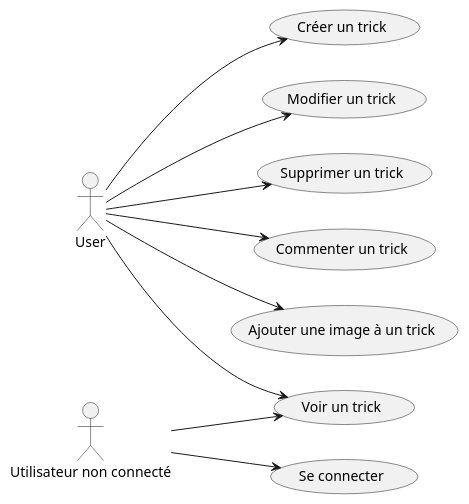
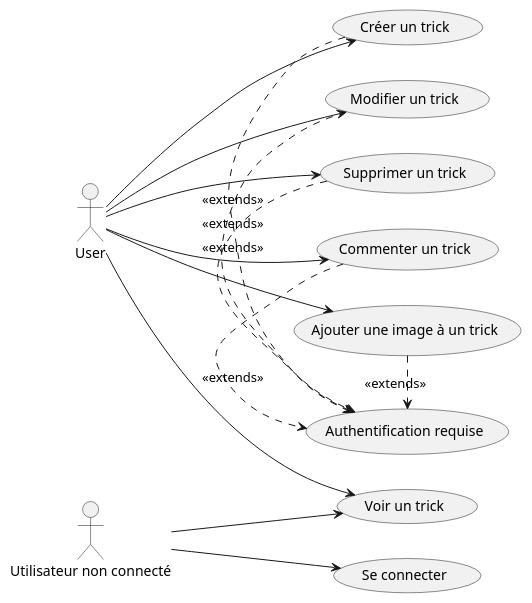
Before and after one commit to Waarrez/P6: the diagram in documentation/trick_usecase.puml, drawn with PlantUML. The commit also changed 11 other files, not shown here.

```diff
--- a/documentation/trick_usecase.puml
+++ b/documentation/trick_usecase.puml
@@ -1,24 +1,32 @@
 @startuml
 left to right direction
 actor User
 actor "Utilisateur non connecté" as Guest
 
 usecase "Créer un trick" as UC_Create
 usecase "Modifier un trick" as UC_Edit
 usecase "Supprimer un trick" as UC_Delete
 usecase "Voir un trick" as UC_View
 usecase "Commenter un trick" as UC_Comment
 usecase "Ajouter une image à un trick" as UC_AddImage
 usecase "Se connecter" as UC_Login
+usecase "Authentification requise" as UC_AuthRequired
 
 Guest --> UC_View
 User --> UC_View
 
 Guest --> UC_Login
+
+UC_Create .> UC_AuthRequired : <<extends>>
+UC_Edit .> UC_AuthRequired : <<extends>>
+UC_Delete .> UC_AuthRequired : <<extends>>
+UC_Comment .> UC_AuthRequired : <<extends>>
+UC_AddImage .> UC_AuthRequired : <<extends>>
+
 User --> UC_Create
 User --> UC_Edit
 User --> UC_Delete
 User --> UC_Comment
 User --> UC_AddImage
 
 @enduml
```
